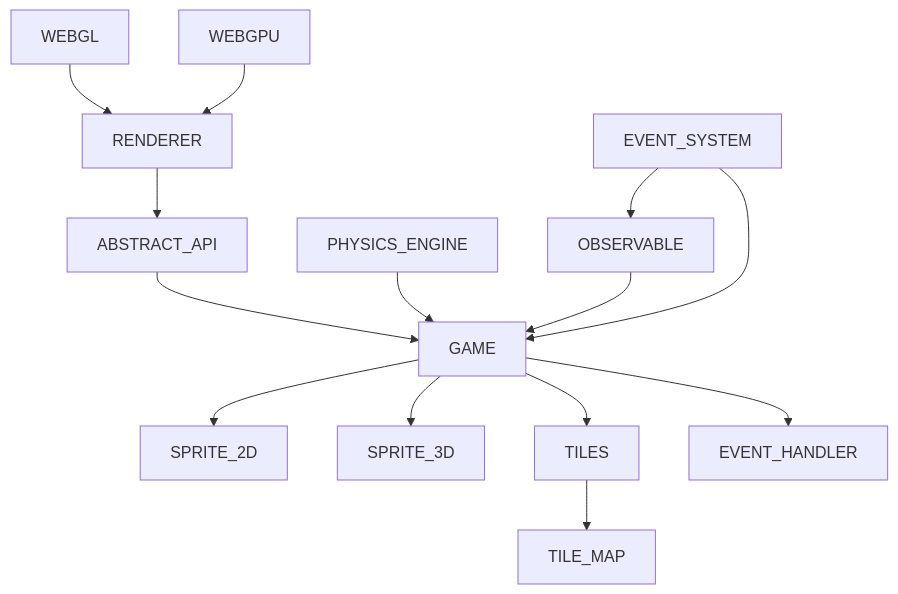
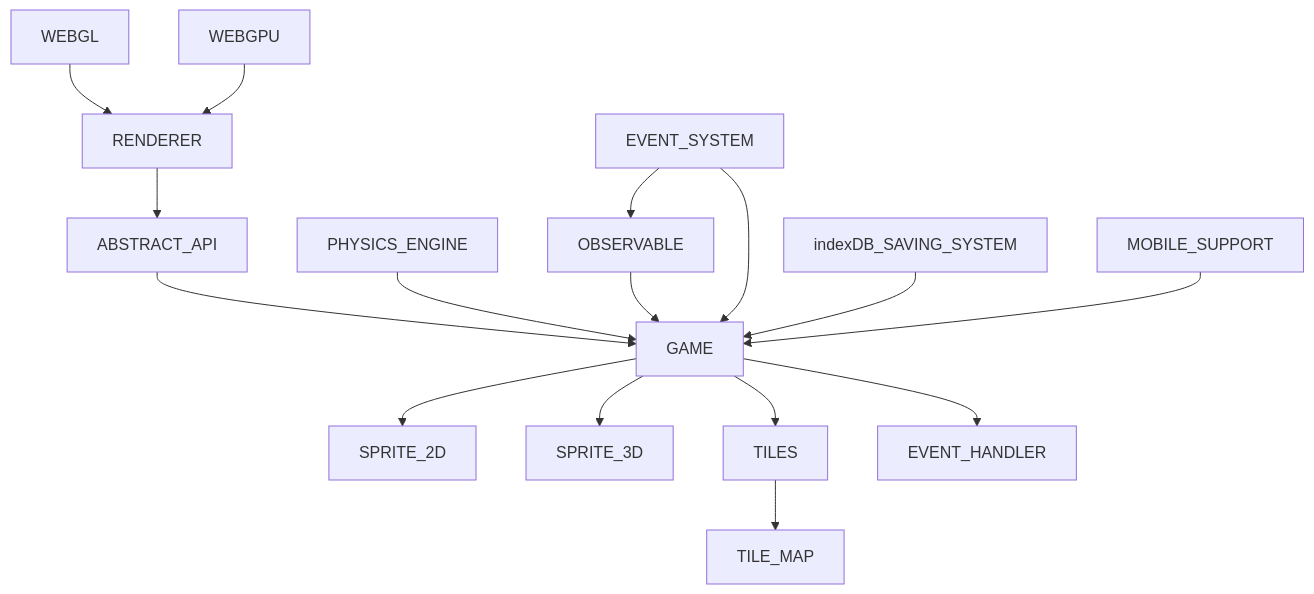
One commit to alle0017/FlyJs changed the diagram in readme.md. Above: the diagram before and after it, drawn with Mermaid. The commit also changed other lines of this file, not shown here.

````diff
--- a/readme.md
+++ b/readme.md
@@ -8,16 +8,18 @@
 ```mermaid
 graph TD;
 WEBGL-->RENDERER
 WEBGPU-->RENDERER
 RENDERER--> ABSTRACT_API
 ABSTRACT_API --> GAME
 GAME --> SPRITE_2D
 GAME --> SPRITE_3D
 GAME --> TILES
 TILES --> TILE_MAP
 GAME --> EVENT_HANDLER
 PHYSICS_ENGINE --> GAME
 OBSERVABLE --> GAME
 EVENT_SYSTEM --> GAME
 EVENT_SYSTEM --> OBSERVABLE
+indexDB_SAVING_SYSTEM --> GAME
+MOBILE_SUPPORT --> GAME
 ```
````
